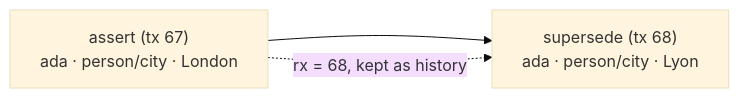
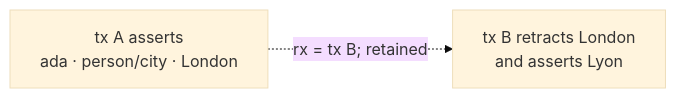
The diagram in docs/content/docs/concepts.md (fmind/fgraph), drawn with Mermaid (base theme) before and after one commit. The commit also changed other lines of this file and 270 other files, not shown here.

````diff
--- a/docs/content/docs/concepts.md
+++ b/docs/content/docs/concepts.md
@@ -10,5 +10,6 @@
 ```mermaid
-graph LR
-  A["assert (tx 67)<br/>ada · person/city · London"] --> B["supersede (tx 68)<br/>ada · person/city · Lyon"]
-  A -. "rx = 68, kept as history" .-> B
+flowchart LR
+  A["tx A asserts<br/>ada · person/city · London"]
+  B["tx B retracts London<br/>and asserts Lyon"]
+  A -. "rx = tx B; retained" .-> B
 ```
````
